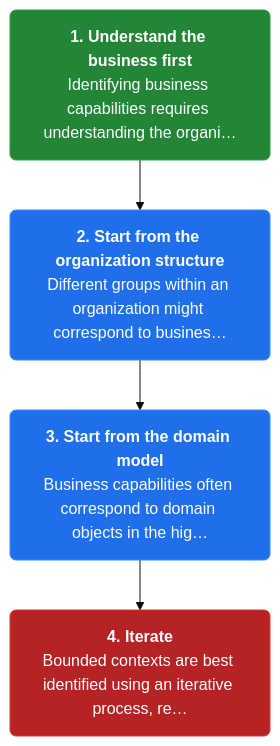
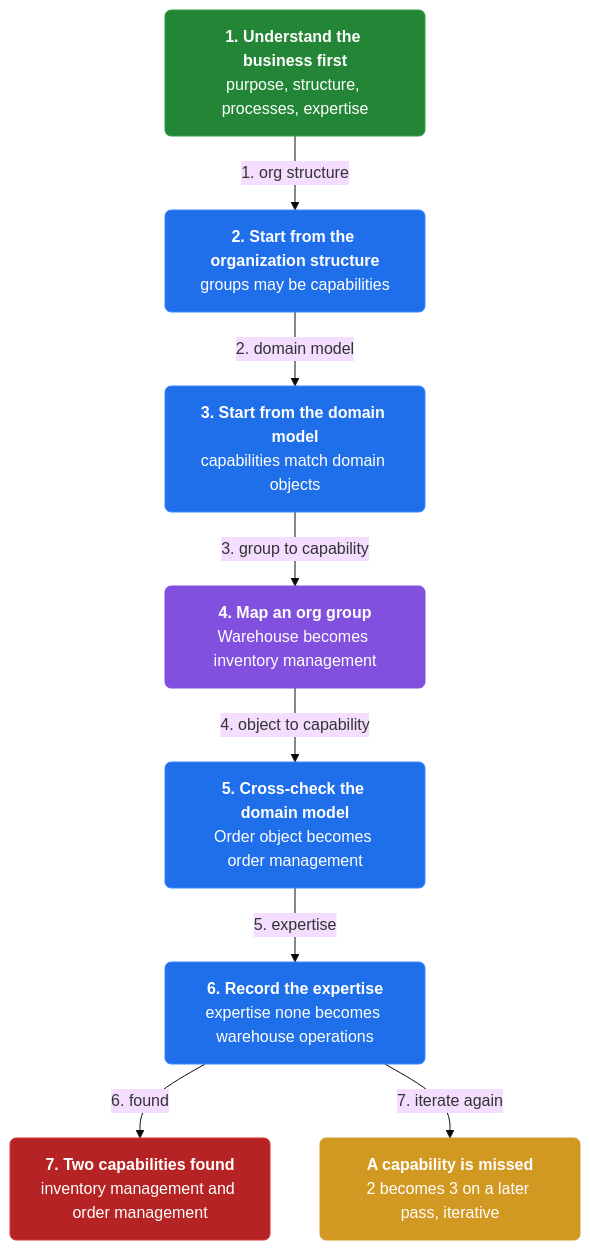
One commit to vinayakuber/microservices-io-study-guide changed the fourth of 4 diagrams in docs/ch03-decompose-by-business-capability.md. Above: the diagram before and after it, drawn with Mermaid (base theme). The commit also changed other lines of this file and 46 other files, not shown here.

First line of the commit message:
Author rich branching flow diagrams for all 44 chapters

````diff
--- a/docs/ch03-decompose-by-business-capability.md
+++ b/docs/ch03-decompose-by-business-capability.md
@@ -140,13 +170,23 @@
 ```mermaid
 flowchart TD
-  classDef step fill:#1f6feb,color:#ffffff,stroke:#388bfd,stroke-width:1px,rx:6
+  classDef step fill:#1f6feb,color:#ffffff,stroke:#388bfd,rx:6
+  classDef core fill:#8250df,color:#ffffff,stroke:#8250df,rx:6
+  classDef warn fill:#d29922,color:#ffffff,stroke:#d29922,rx:6
   classDef start fill:#238636,color:#ffffff,stroke:#2ea043,rx:6
   classDef stop fill:#b62324,color:#ffffff,stroke:#da3633,rx:6
-  s3n0["<b>1. Understand the business first</b><br/>Identifying business capabilities requires understanding the organi…"]:::start
-  s3n1["<b>2. Start from the organization structure</b><br/>Different groups within an organization might correspond to busines…"]:::step
-  s3n2["<b>3. Start from the domain model</b><br/>Business capabilities often correspond to domain objects in the hig…"]:::step
-  s3n3["<b>4. Iterate</b><br/>Bounded contexts are best identified using an iterative process, re…"]:::stop
-  s3n0 --> s3n1
-  s3n1 --> s3n2
-  s3n2 --> s3n3
+  n0["<b>1. Understand the business first</b><br/>purpose, structure, processes, expertise"]:::start
+  n1["<b>2. Start from the organization structure</b><br/>groups may be capabilities"]:::step
+  n2["<b>3. Start from the domain model</b><br/>capabilities match domain objects"]:::step
+  n3["<b>4. Map an org group</b><br/>Warehouse becomes inventory management"]:::core
+  n4["<b>5. Cross-check the domain model</b><br/>Order object becomes order management"]:::step
+  n5["<b>6. Record the expertise</b><br/>expertise none becomes warehouse operations"]:::step
+  n6["<b>7. Two capabilities found</b><br/>inventory management and order management"]:::stop
+  n7["<b>A capability is missed</b><br/>2 becomes 3 on a later pass, iterative"]:::warn
+  n0 -->|"1. org structure"| n1
+  n1 -->|"2. domain model"| n2
+  n2 -->|"3. group to capability"| n3
+  n3 -->|"4. object to capability"| n4
+  n4 -->|"5. expertise"| n5
+  n5 -->|"6. found"| n6
+  n5 -->|"7. iterate again"| n7
 ```
````
